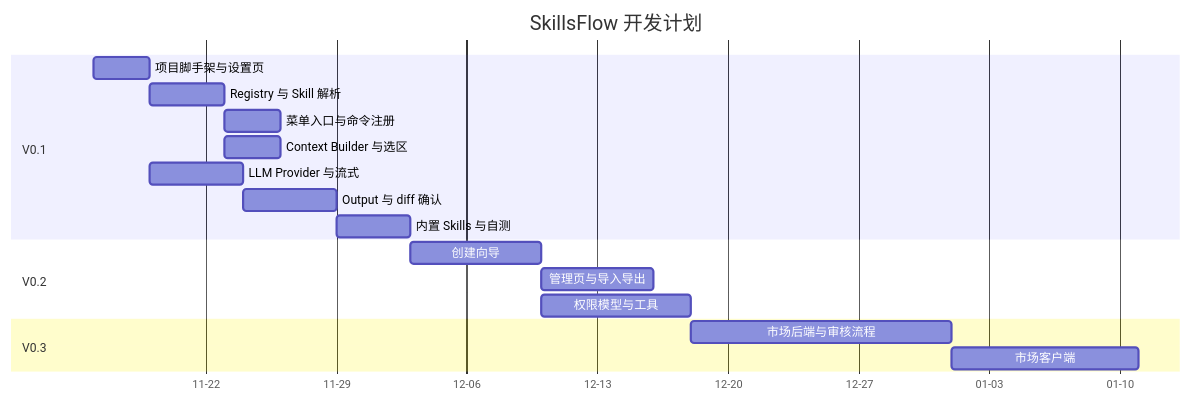
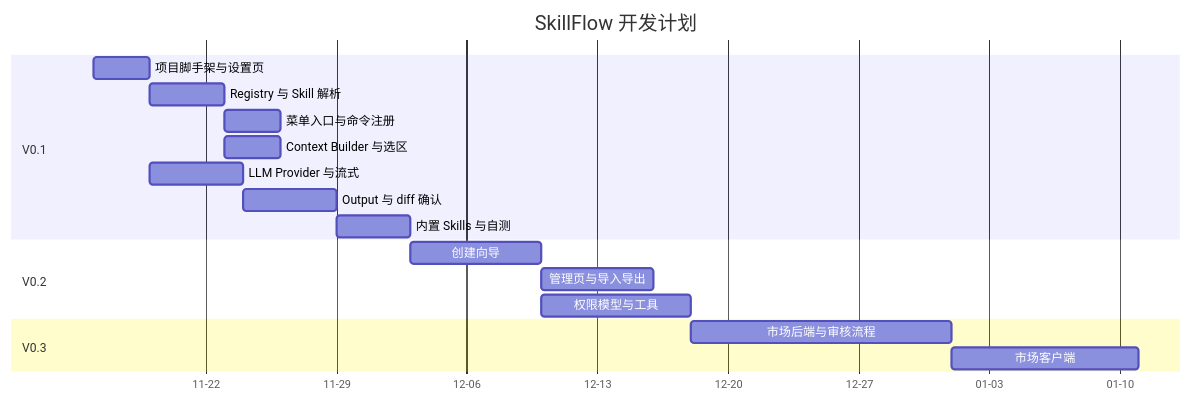
One commit to tcyeee/obsidian-skillflow changed the sixth of 7 diagrams in TODO.md. Above: the diagram before and after it, drawn with Mermaid. The commit also changed other lines of this file and 10 other files, not shown here.

First line of the commit message:
Scaffold SkillFlow Obsidian plugin and rename from SkillsFlow

````diff
--- a/TODO.md
+++ b/TODO.md
@@ -654,21 +654,21 @@
 ```mermaid
 gantt
-    title SkillsFlow 开发计划
+    title SkillFlow 开发计划
     dateFormat YYYY-MM-DD
     axisFormat %m-%d
     section V0.1
     项目脚手架与设置页        :a1, 2026-11-16, 3d
     Registry 与 Skill 解析    :a2, after a1, 4d
     菜单入口与命令注册        :a3, after a2, 3d
     Context Builder 与选区    :a4, after a2, 3d
     LLM Provider 与流式       :a5, after a1, 5d
     Output 与 diff 确认       :a6, after a5, 5d
     内置 Skills 与自测        :a7, after a6, 4d
     section V0.2
     创建向导                  :b1, after a7, 7d
     管理页与导入导出          :b2, after b1, 6d
     权限模型与工具            :b3, after b1, 8d
     section V0.3
     市场后端与审核流程        :c1, after b3, 14d
     市场客户端                :c2, after c1, 10d
 ```
````
